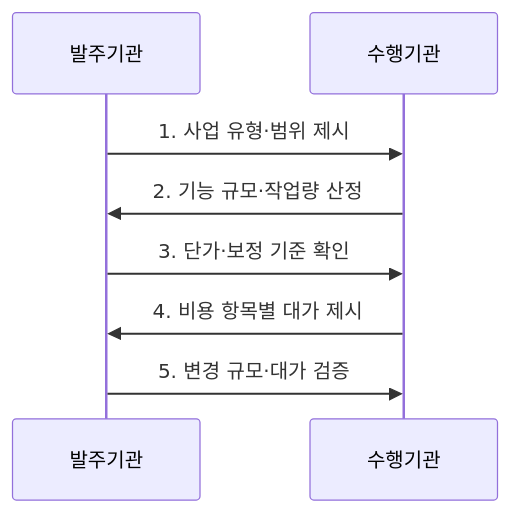
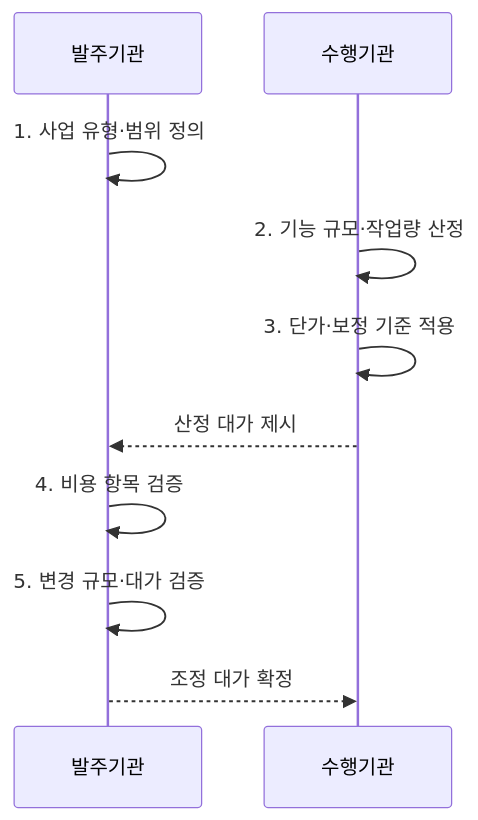
One commit to agnusdei1207/knowledge-base changed the second of 2 diagrams in src/content/docs/notes/07-law-policy/018_sw_cost_estimation.md. Above: the diagram before and after it, drawn with Mermaid. The commit also changed other lines of this file and 20 other files, not shown here.

````diff
--- a/src/content/docs/notes/07-law-policy/018_sw_cost_estimation.md
+++ b/src/content/docs/notes/07-law-policy/018_sw_cost_estimation.md
@@ -81,10 +83,12 @@
 ```mermaid
 sequenceDiagram
     participant 발주기관
     participant 수행기관
-    발주기관->>수행기관: 1. 사업 유형·범위 제시
-    수행기관->>발주기관: 2. 기능 규모·작업량 산정
-    발주기관->>수행기관: 3. 단가·보정 기준 확인
-    수행기관->>발주기관: 4. 비용 항목별 대가 제시
-    발주기관->>수행기관: 5. 변경 규모·대가 검증
+    발주기관->>발주기관: 1. 사업 유형·범위 정의
+    수행기관->>수행기관: 2. 기능 규모·작업량 산정
+    수행기관->>수행기관: 3. 단가·보정 기준 적용
+    수행기관-->>발주기관: 산정 대가 제시
+    발주기관->>발주기관: 4. 비용 항목 검증
+    발주기관->>발주기관: 5. 변경 규모·대가 검증
+    발주기관-->>수행기관: 조정 대가 확정
 ```
````
